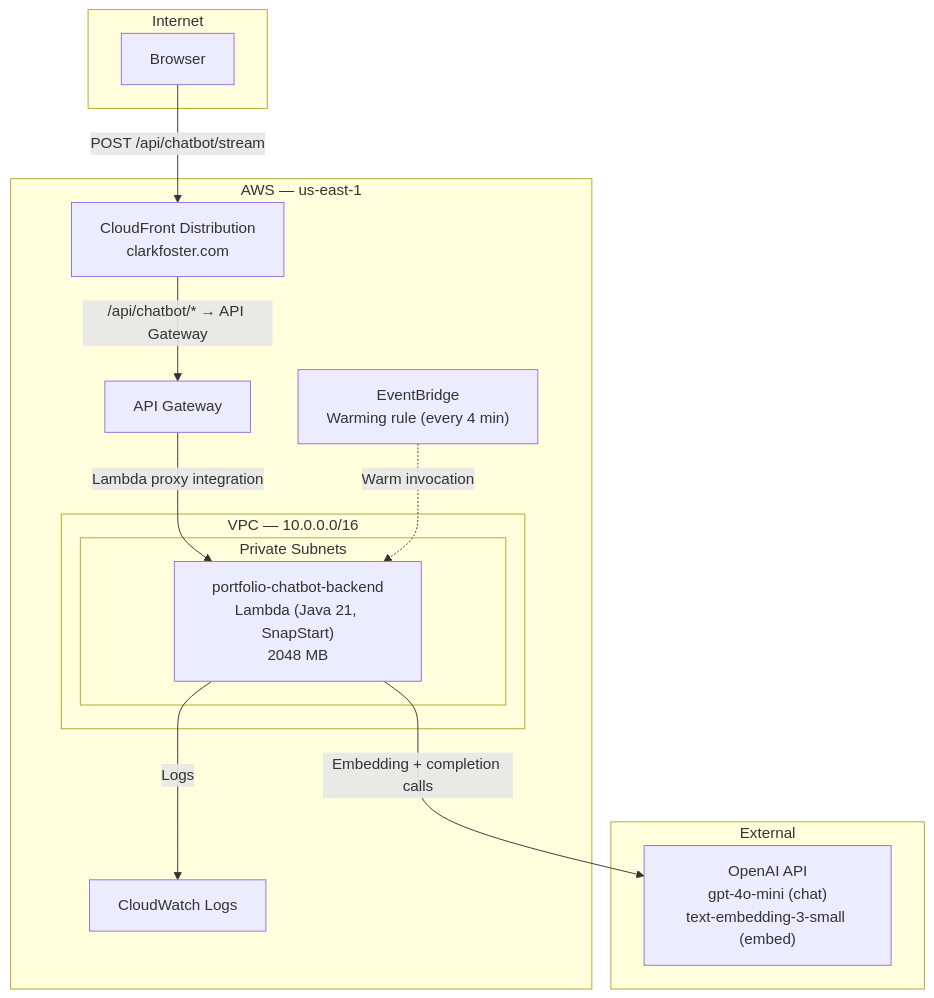
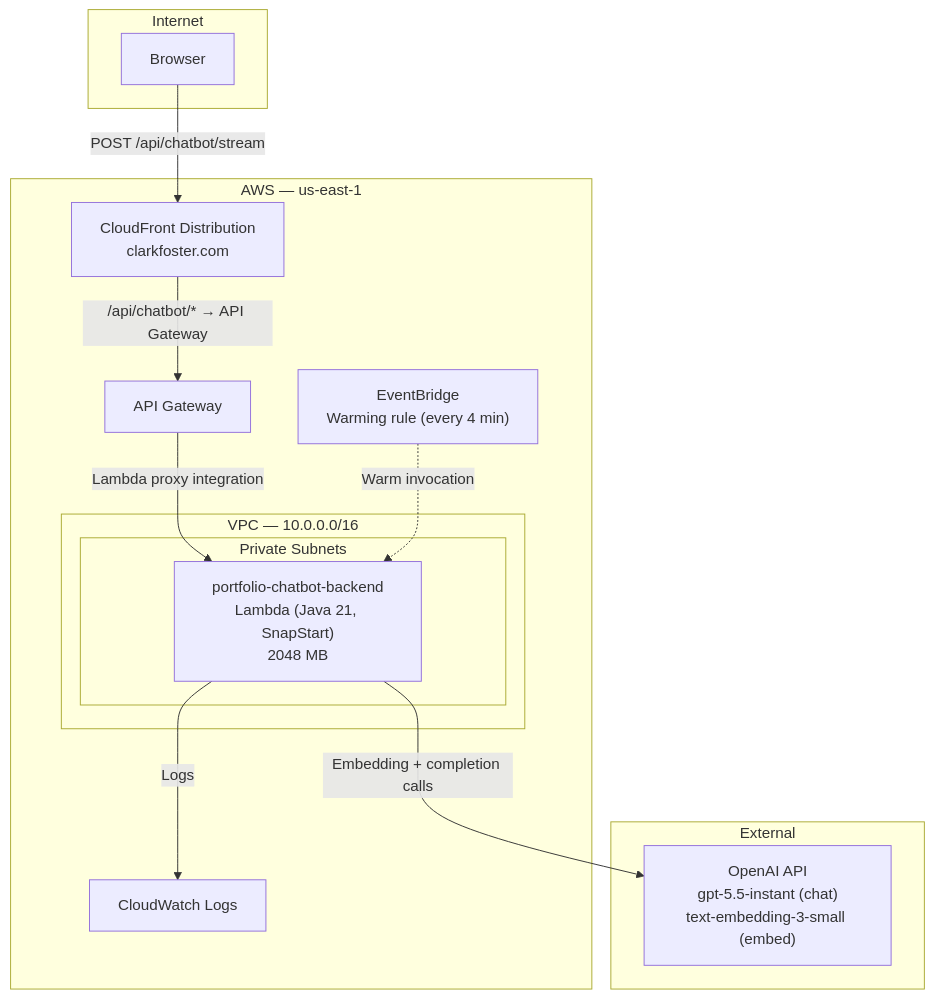
The fourth of 16 diagrams in docs/ARCHITECTURE.md (clark22134/MyPortfolioWebsite), drawn with Mermaid before and after one commit. The commit also changed other lines of this file and 25 other files, not shown here.

Commit message:
Code coverage, broken docs links, gpt-5.5-instant for chatbot

````diff
--- a/docs/ARCHITECTURE.md
+++ b/docs/ARCHITECTURE.md
@@ -200,31 +200,31 @@
 ```mermaid
 graph TB
     subgraph Internet
         Browser[Browser]
     end
 
     subgraph AWS["AWS — us-east-1"]
         CF["CloudFront Distribution<br/>clarkfoster.com"]
         APIGW["API Gateway"]
 
         subgraph VPC["VPC — 10.0.0.0/16"]
             subgraph Private["Private Subnets"]
                 Lambda["portfolio-chatbot-backend<br/>Lambda (Java 21, SnapStart)<br/>2048 MB"]
             end
         end
 
         EB["EventBridge<br/>Warming rule (every 4 min)"]
         CW["CloudWatch Logs"]
     end
 
     subgraph External
-        OpenAI["OpenAI API<br/>gpt-4o-mini (chat)<br/>text-embedding-3-small (embed)"]
+        OpenAI["OpenAI API<br/>gpt-5.5-instant (chat)<br/>text-embedding-3-small (embed)"]
     end
 
     Browser -->|"POST /api/chatbot/stream"| CF
     CF -->|"/api/chatbot/* → API Gateway"| APIGW
     APIGW -->|Lambda proxy integration| Lambda
     Lambda -->|Embedding + completion calls| OpenAI
     EB -.->|Warm invocation| Lambda
     Lambda -->|Logs| CW
 ```
````
